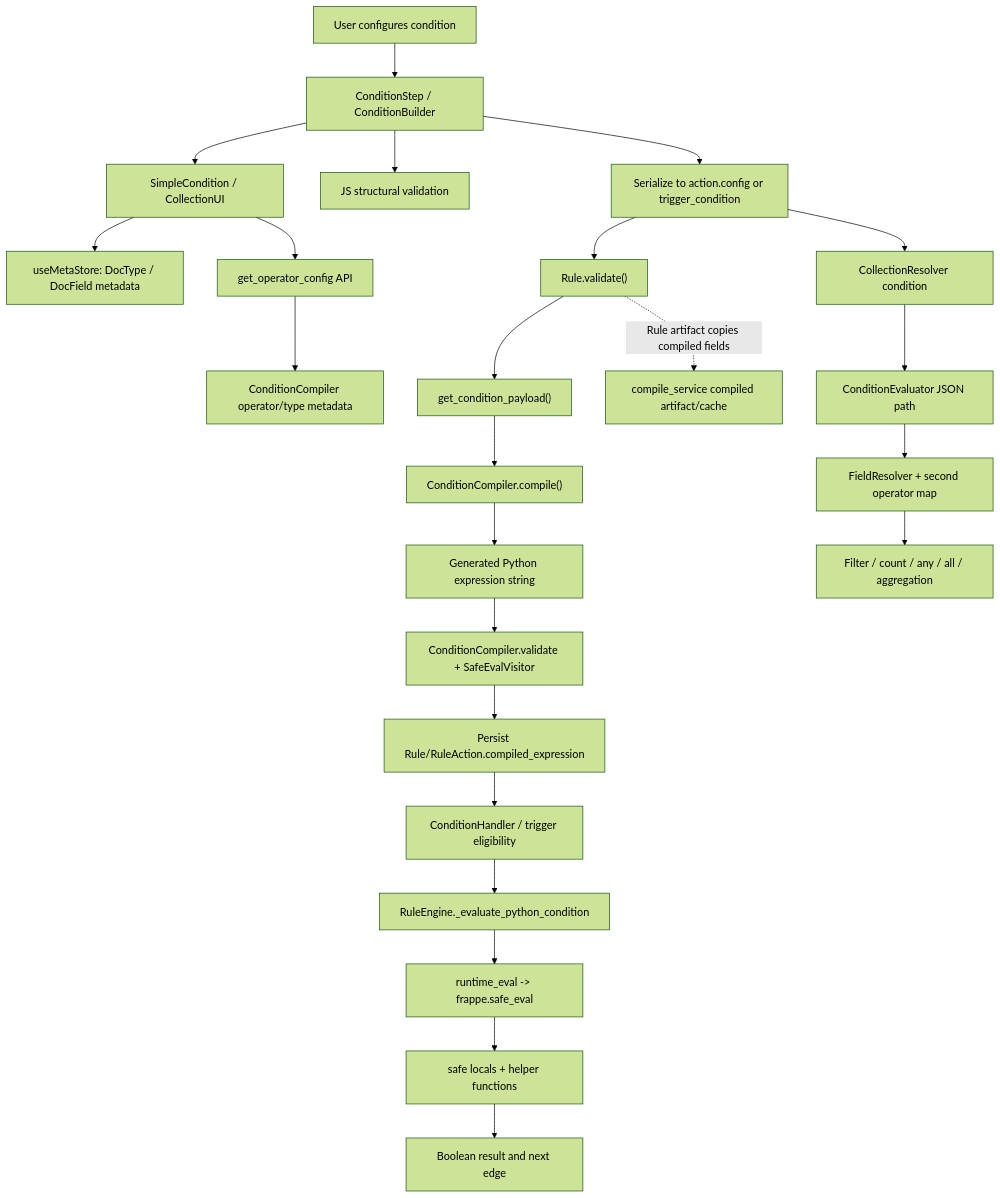
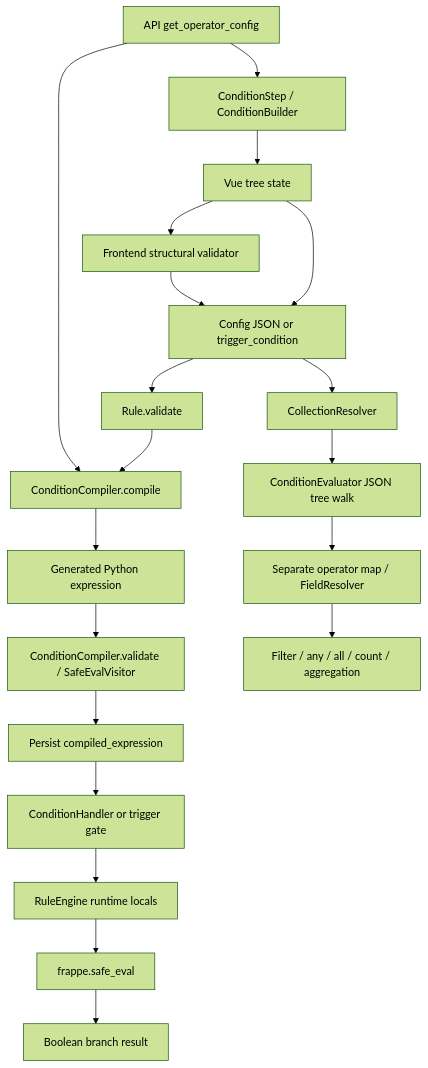
One commit to Brusk-eng/flexirule changed the diagram in reports/condition-comparison-architectural-audit.md. Above: the diagram before and after it, drawn with Mermaid (forest theme). The commit also changed other lines of this file, not shown here.

Commit message:
docs: consolidate condition architecture audits into PR 412

````diff
--- a/reports/condition-comparison-architectural-audit.md
+++ b/reports/condition-comparison-architectural-audit.md
@@ -86,29 +90,24 @@
 ```mermaid
 flowchart TD
-    A["User configures condition"] --> B["ConditionStep / ConditionBuilder"]
-    B --> C["SimpleCondition / CollectionUI"]
-    C --> D["useMetaStore: DocType / DocField metadata"]
-    C --> E["get_operator_config API"]
-    E --> F["ConditionCompiler operator/type metadata"]
-    B --> G["JS structural validation"]
-    B --> H["Serialize to action.config or trigger_condition"]
+  A[ConditionStep / ConditionBuilder] --> B[Vue tree state]
+  B --> C[Frontend structural validator]
+  B --> D[Config JSON or trigger_condition]
+  C --> D
+  D --> E[Rule.validate]
+  E --> F[ConditionCompiler.compile]
+  F --> G[Generated Python expression]
+  G --> H[ConditionCompiler.validate / SafeEvalVisitor]
+  H --> I[Persist compiled_expression]
+  I --> J[ConditionHandler or trigger gate]
+  J --> K[RuleEngine runtime locals]
+  K --> L[frappe.safe_eval]
+  L --> M[Boolean branch result]
 
-    H --> I["Rule.validate()"]
-    I --> J["get_condition_payload()"]
-    J --> K["ConditionCompiler.compile()"]
-    K --> L["Generated Python expression string"]
-    L --> M["ConditionCompiler.validate + SafeEvalVisitor"]
-    M --> N["Persist Rule/RuleAction.compiled_expression"]
-    N --> O["ConditionHandler / trigger eligibility"]
-    O --> P["RuleEngine._evaluate_python_condition"]
-    P --> Q["runtime_eval -> frappe.safe_eval"]
-    Q --> R["safe locals + helper functions"]
-    R --> S["Boolean result and next edge"]
+  D --> N[CollectionResolver]
+  N --> O[ConditionEvaluator JSON tree walk]
+  O --> P[Separate operator map / FieldResolver]
+  P --> Q[Filter / any / all / count / aggregation]
 
-    H --> T["CollectionResolver condition"]
-    T --> U["ConditionEvaluator JSON path"]
-    U --> V["FieldResolver + second operator map"]
-    V --> W["Filter / count / any / all / aggregation"]
-
-    I -. "Rule artifact copies compiled fields" .-> X["compile_service compiled artifact/cache"]
+  R[API get_operator_config] --> A
+  R --> F
 ```
````
